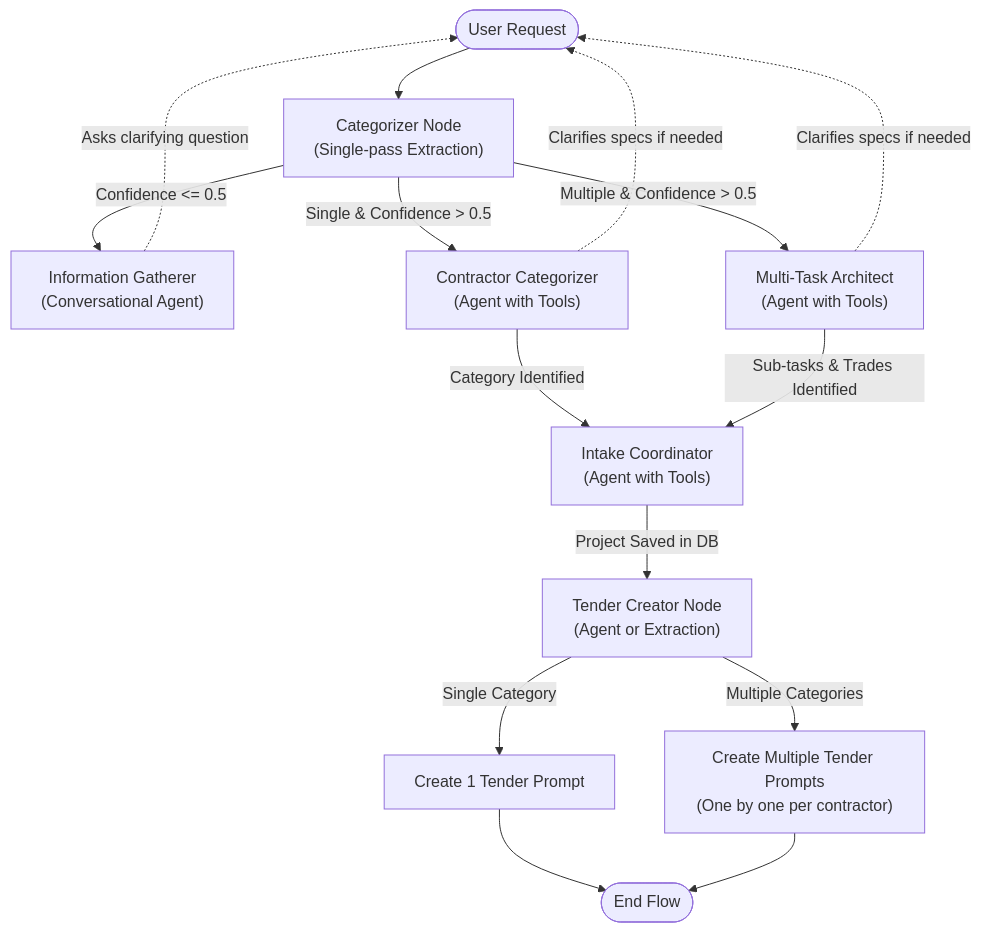
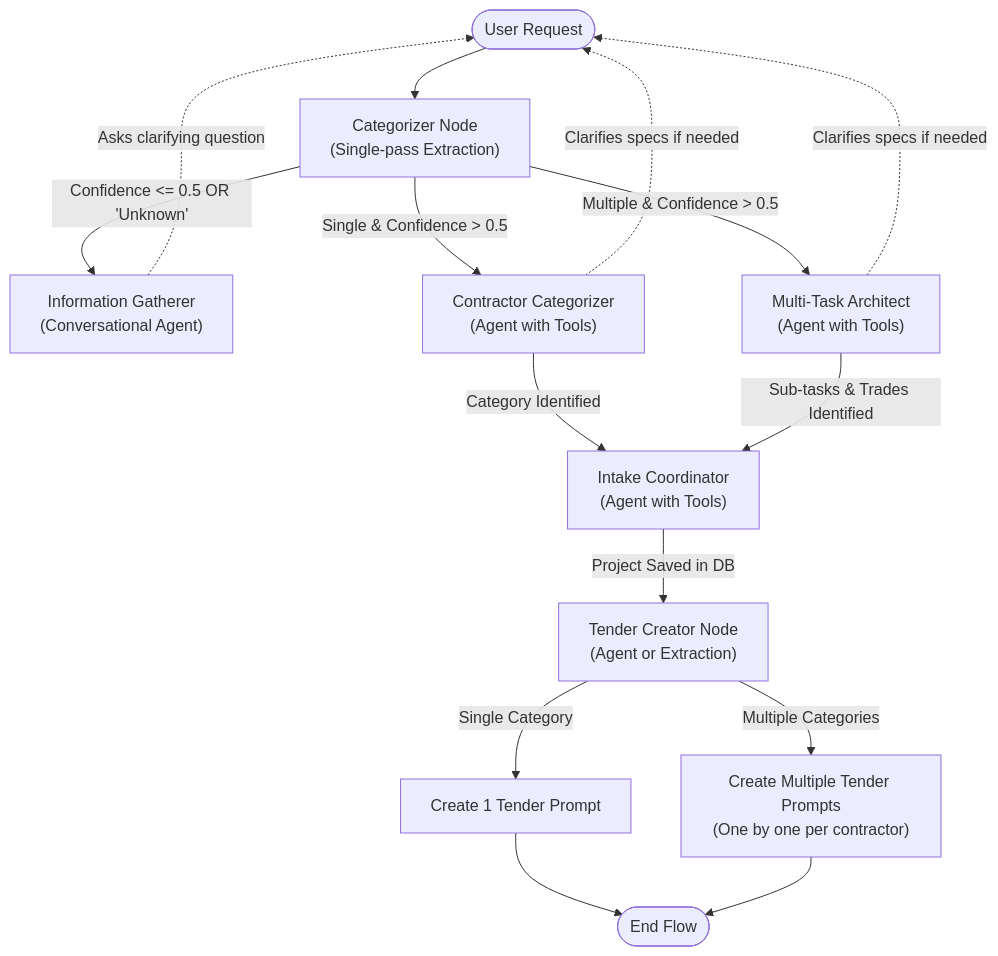
Before and after one commit to galuza87/HandymanTenderMaker: the diagram in docs/tender_flowchart.md, drawn with Mermaid.

Commit message:
# Tender Creation Flowchart & Architecture

````diff
--- a/docs/tender_flowchart.md
+++ b/docs/tender_flowchart.md
@@ -7,29 +7,29 @@
 ```mermaid
 flowchart TD
     User(["User Request"]) --> Categorizer["Categorizer Node\n(Single-pass Extraction)"]
     
-    %% Low Confidence Path
-    Categorizer -- "Confidence <= 0.5" --> InfoGatherer["Information Gatherer\n(Conversational Agent)"]
+    %% Low Confidence / Unknown Path
+    Categorizer -- "Confidence <= 0.5 OR 'Unknown'" --> InfoGatherer["Information Gatherer\n(Conversational Agent)"]
     InfoGatherer -. "Asks clarifying question" .-> User
     
     %% High Confidence Paths
     Categorizer -- "Single & Confidence > 0.5" --> ContractorCategorizer["Contractor Categorizer\n(Agent with Tools)"]
     Categorizer -- "Multiple & Confidence > 0.5" --> MultiTaskArchitect["Multi-Task Architect\n(Agent with Tools)"]
     
     %% Conversational Loops (Clarifying specs)
     ContractorCategorizer -. "Clarifies specs if needed" .-> User
     MultiTaskArchitect -. "Clarifies specs if needed" .-> User
     
     %% Moving to Intake
     ContractorCategorizer -- "Category Identified" --> Intake["Intake Coordinator\n(Agent with Tools)"]
     MultiTaskArchitect -- "Sub-tasks & Trades Identified" --> Intake
     
     %% Tender Generation
     Intake -- "Project Saved in DB" --> TenderCreator["Tender Creator Node\n(Agent or Extraction)"]
     
     TenderCreator -- "Single Category" --> SingleTender["Create 1 Tender Prompt"]
     TenderCreator -- "Multiple Categories" --> MultiTender["Create Multiple Tender Prompts\n(One by one per contractor)"]
     
     SingleTender --> End(["End Flow"])
     MultiTender --> End
 ```
````
